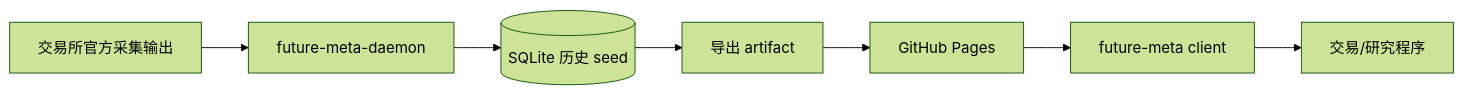
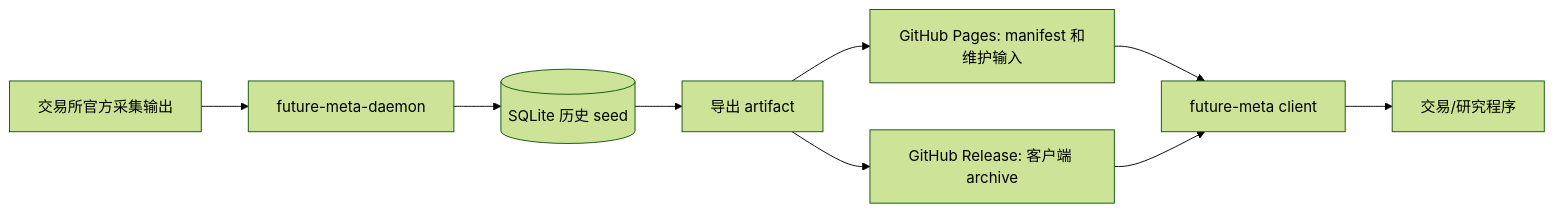
Before and after one commit to zynthium/future-meta: the diagram in README.md, drawn with Mermaid (forest theme). The commit also changed other lines of this file and 12 other files, not shown here.

Commit message:
feat: publish client data as versioned Release assets

````diff
--- a/README.md
+++ b/README.md
@@ -26,9 +26,11 @@
 ```mermaid
 flowchart LR
     exchange[交易所官方采集输出] --> daemon[future-meta-daemon]
     daemon --> sqlite[(SQLite 历史 seed)]
     sqlite --> export[导出 artifact]
-    export --> pages[GitHub Pages]
+    export --> releases[GitHub Release: 客户端 archive]
+    export --> pages[GitHub Pages: manifest 和维护输入]
     pages --> client[future-meta client]
+    releases --> client
     client --> app[交易/研究程序]
 ```
````
